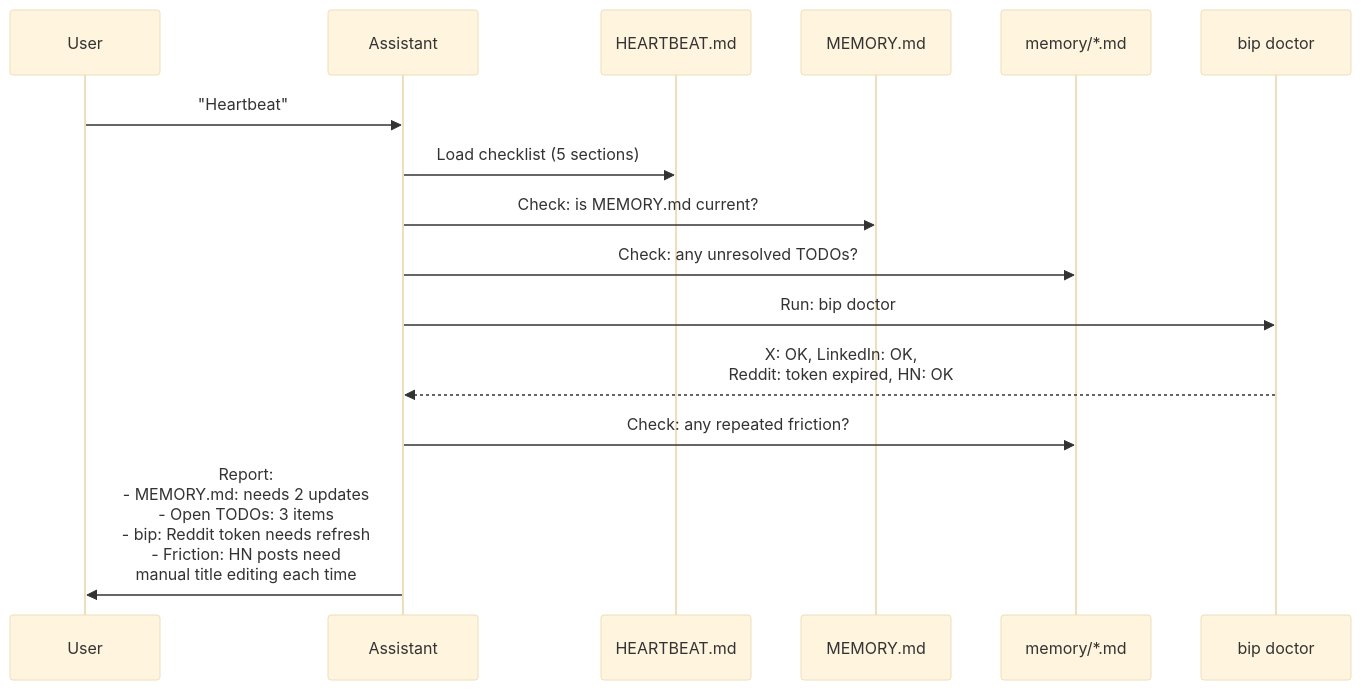
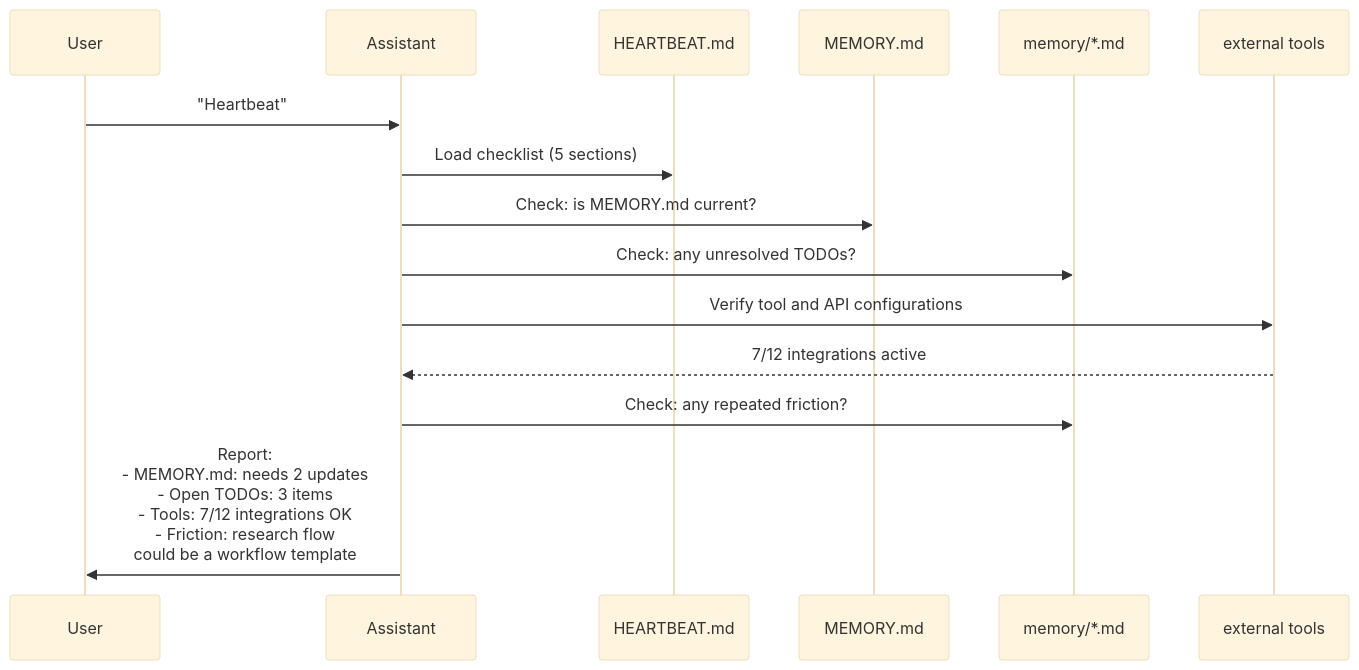
The ninth of 11 diagrams in _posts/2026-02-27-self-evolving-ai-assistant.md (cynthialmy/cynthialmy.github.io), drawn with Mermaid (base theme) before and after one commit. The commit also changed other lines of this file, not shown here.

Commit message:
updated post about bip

````diff
--- a/_posts/2026-02-27-self-evolving-ai-assistant.md
+++ b/_posts/2026-02-27-self-evolving-ai-assistant.md
@@ -484,18 +516,18 @@
 ```mermaid
 sequenceDiagram
     participant User
     participant Assistant
     participant HB as HEARTBEAT.md
     participant Mem as MEMORY.md
     participant Logs as memory/*.md
-    participant BIP as bip doctor
+    participant Tools as external tools
 
     User->>Assistant: "Heartbeat"
     Assistant->>HB: Load checklist (5 sections)
     Assistant->>Mem: Check: is MEMORY.md current?
     Assistant->>Logs: Check: any unresolved TODOs?
-    Assistant->>BIP: Run: bip doctor
-    BIP-->>Assistant: X: OK, LinkedIn: OK,<br/>Reddit: token expired, HN: OK
+    Assistant->>Tools: Verify tool and API configurations
+    Tools-->>Assistant: 7/12 integrations active
     Assistant->>Logs: Check: any repeated friction?
-    Assistant->>User: Report:<br/>- MEMORY.md: needs 2 updates<br/>- Open TODOs: 3 items<br/>- bip: Reddit token needs refresh<br/>- Friction: HN posts need<br/>  manual title editing each time
+    Assistant->>User: Report:<br/>- MEMORY.md: needs 2 updates<br/>- Open TODOs: 3 items<br/>- Tools: 7/12 integrations OK<br/>- Friction: research flow<br/>  could be a workflow template
 ```
````
